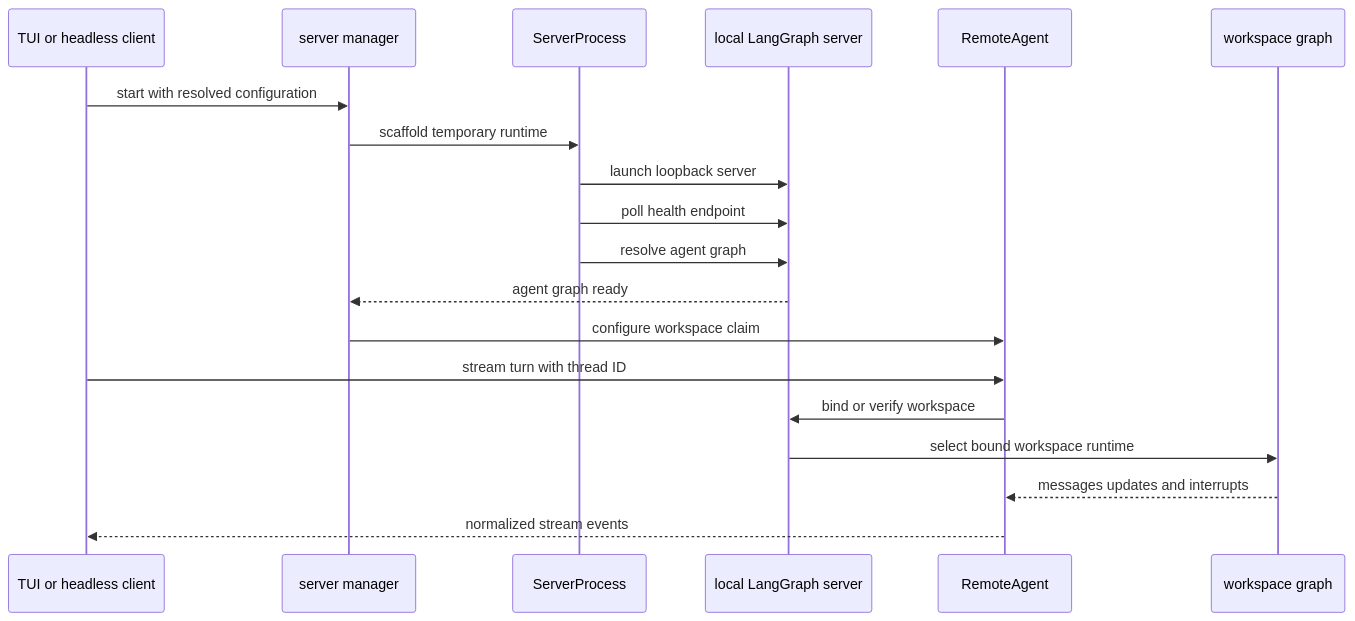
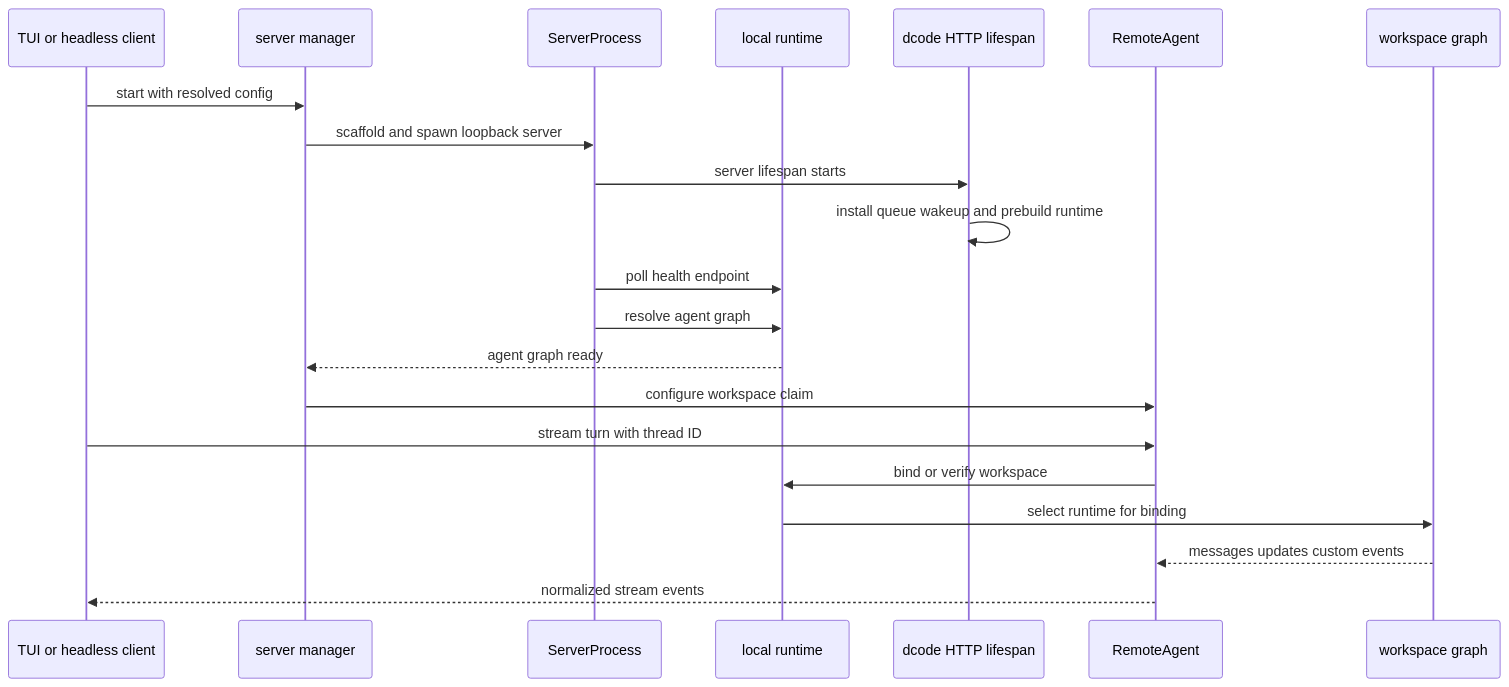
Before and after one commit to langchain-ai/deepagents: the second of 4 diagrams in openwiki/workflows/run-dcode-session.md, drawn with Mermaid. The commit also changed other lines of this file and 33 other files, not shown here.

````diff
--- a/openwiki/workflows/run-dcode-session.md
+++ b/openwiki/workflows/run-dcode-session.md
@@ -94,21 +76,23 @@
 ```mermaid
 sequenceDiagram
     participant Client as TUI or headless client
     participant Manager as server manager
     participant Process as ServerProcess
-    participant Server as local LangGraph server
+    participant Server as local runtime
+    participant API as dcode HTTP lifespan
     participant Remote as RemoteAgent
     participant Graph as workspace graph
-    Client->>Manager: start with resolved configuration
-    Manager->>Process: scaffold temporary runtime
-    Process->>Server: launch loopback server
+    Client->>Manager: start with resolved config
+    Manager->>Process: scaffold and spawn loopback server
+    Process->>API: server lifespan starts
+    API->>API: install queue wakeup and prebuild runtime
     Process->>Server: poll health endpoint
     Process->>Server: resolve agent graph
     Server-->>Manager: agent graph ready
     Manager->>Remote: configure workspace claim
     Client->>Remote: stream turn with thread ID
     Remote->>Server: bind or verify workspace
-    Server->>Graph: select bound workspace runtime
-    Graph-->>Remote: messages updates and interrupts
+    Server->>Graph: select runtime for binding
+    Graph-->>Remote: messages updates custom events
     Remote-->>Client: normalized stream events
 ```
````
